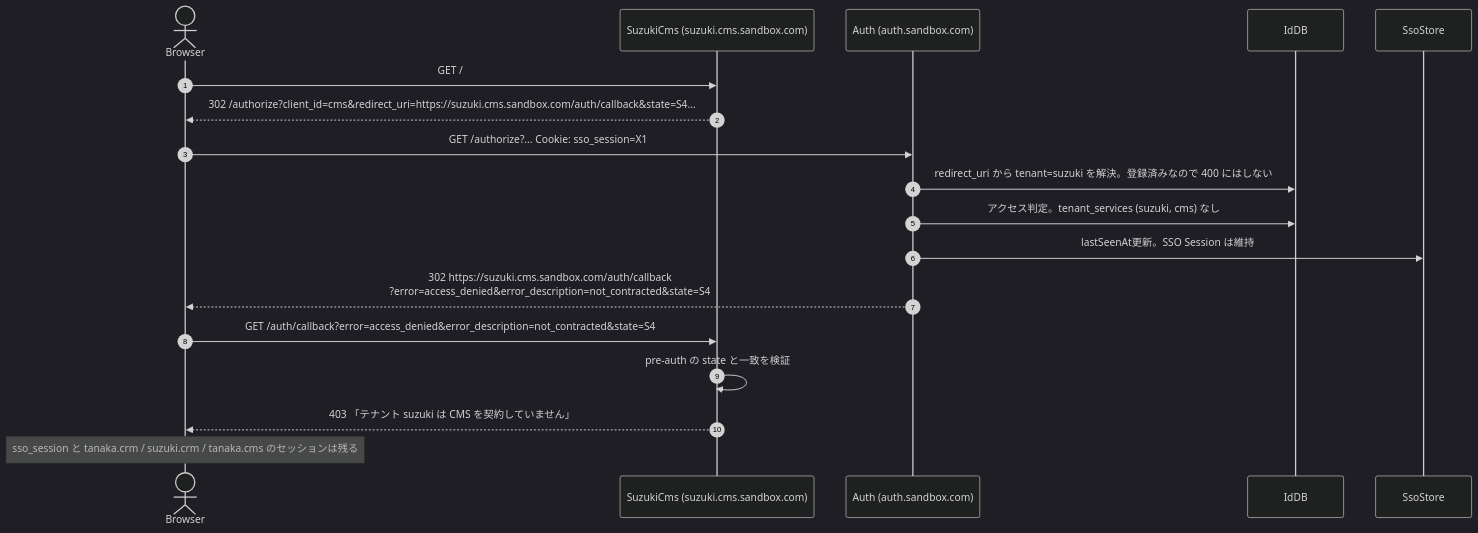
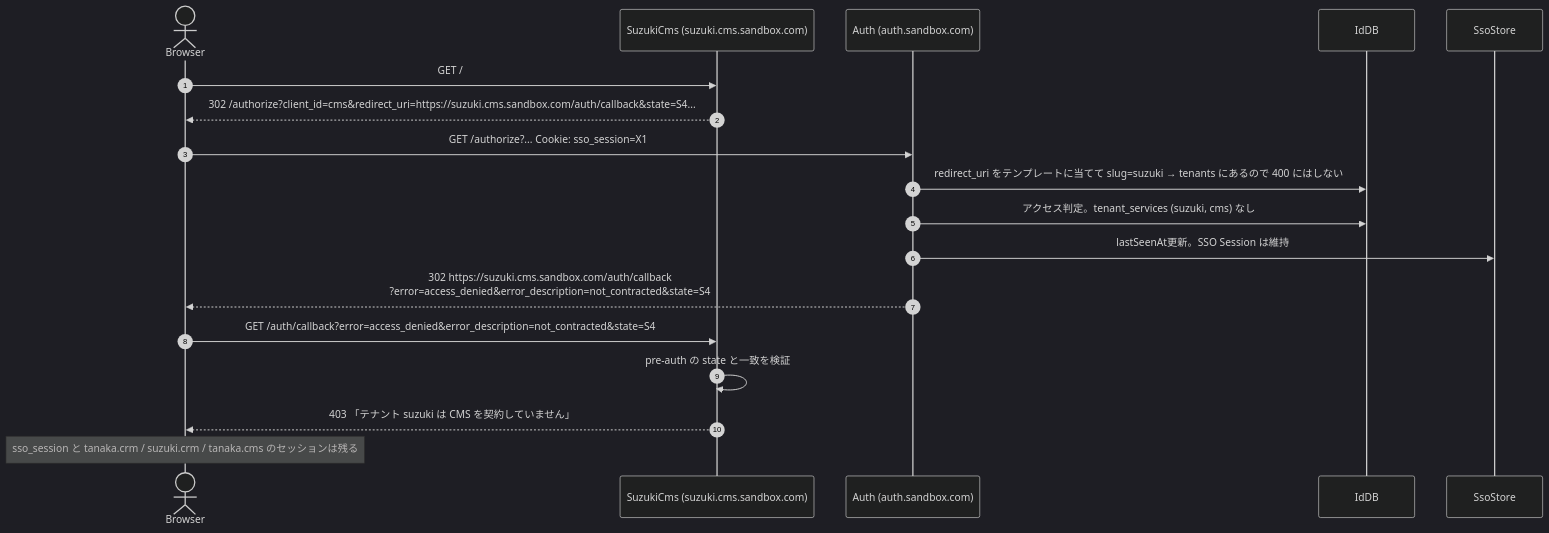
One commit to daisuke-tanabe/multi-domain-sandbox changed the fourth of 15 diagrams in docs/design/02-auth-sequences.md. Above: the diagram before and after it, drawn with Mermaid (dark theme). The commit also changed other lines of this file and 120 other files, not shown here.

````diff
--- a/docs/design/02-auth-sequences.md
+++ b/docs/design/02-auth-sequences.md
@@ -182,21 +183,21 @@
 ```mermaid
 sequenceDiagram
     autonumber
     actor Browser
     participant SuzukiCms as SuzukiCms (suzuki.cms.sandbox.com)
     participant Auth as Auth (auth.sandbox.com)
     participant IdDB
     participant SsoStore
 
     Browser->>SuzukiCms: GET /
     SuzukiCms-->>Browser: 302 /authorize?client_id=cms&redirect_uri=https://suzuki.cms.sandbox.com/auth/callback&state=S4...
     Browser->>Auth: GET /authorize?... Cookie: sso_session=X1
-    Auth->>IdDB: redirect_uri から tenant=suzuki を解決。登録済みなので 400 にはしない
+    Auth->>IdDB: redirect_uri をテンプレートに当てて slug=suzuki → tenants にあるので 400 にはしない
     Auth->>IdDB: アクセス判定。tenant_services (suzuki, cms) なし
     Auth->>SsoStore: lastSeenAt更新。SSO Session は維持
     Auth-->>Browser: 302 https://suzuki.cms.sandbox.com/auth/callback<br/>?error=access_denied&error_description=not_contracted&state=S4
     Browser->>SuzukiCms: GET /auth/callback?error=access_denied&error_description=not_contracted&state=S4
     SuzukiCms->>SuzukiCms: pre-auth の state と一致を検証
     SuzukiCms-->>Browser: 403 「テナント suzuki は CMS を契約していません」
     Note over Browser: sso_session と tanaka.crm / suzuki.crm / tanaka.cms のセッションは残る
 ```
````
